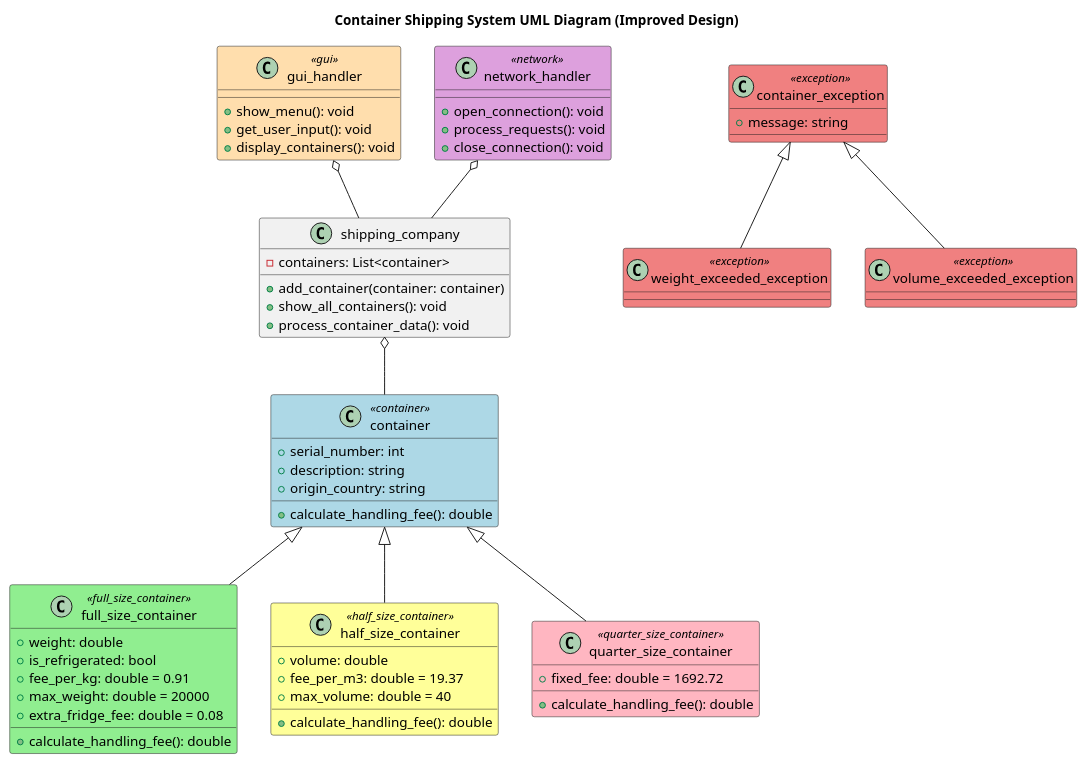
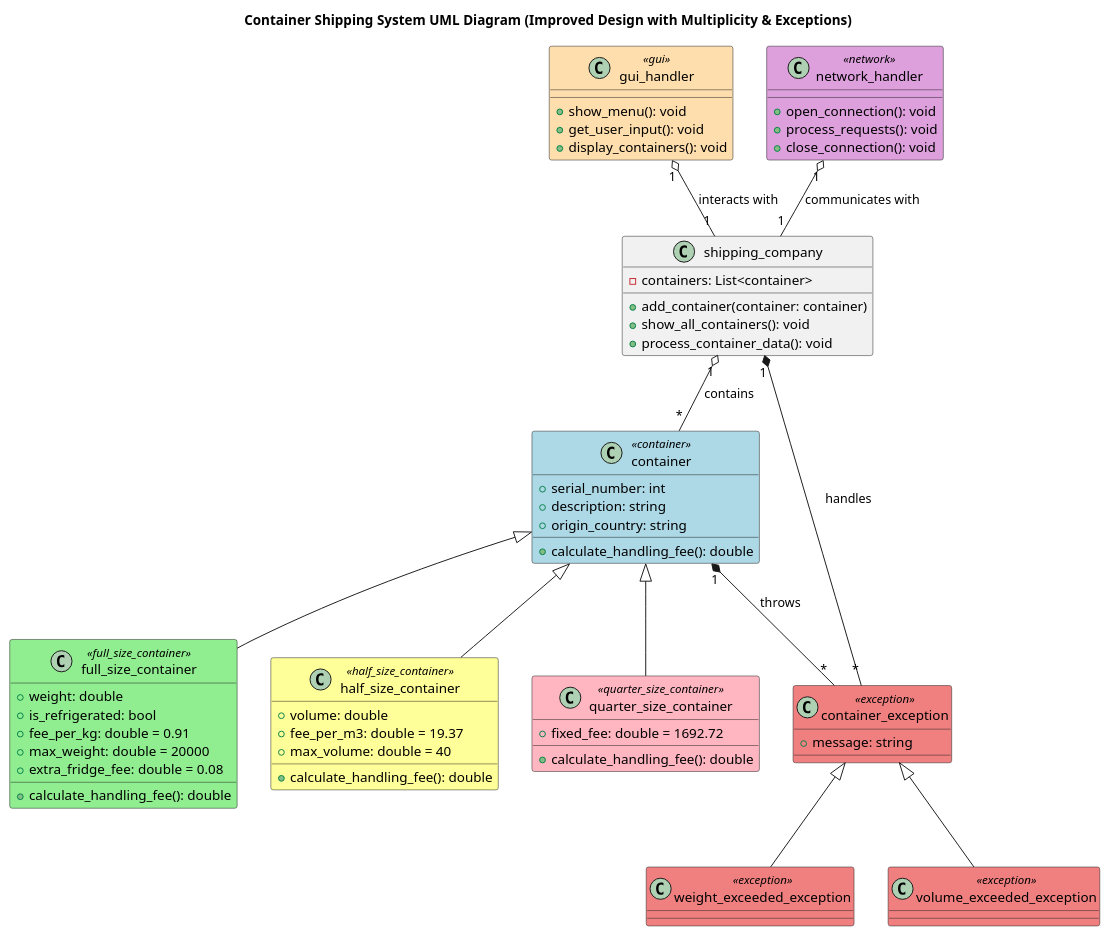
One commit to LynnTedjeAnna/OOP_T2 changed the diagram in Shipping_container/class_diagram.puml. Above: the diagram before and after it, drawn with PlantUML. The commit also changed 9 other files, not shown here.

```diff
--- a/Shipping_container/class_diagram.puml
+++ b/Shipping_container/class_diagram.puml
@@ -1,83 +1,86 @@
 @startuml
 
 skinparam classBackgroundColor<<container>> #ADD8E6
 skinparam classBackgroundColor<<full_size_container>> #90EE90
 skinparam classBackgroundColor<<half_size_container>> #FFFF99
 skinparam classBackgroundColor<<quarter_size_container>> #FFB6C1
 skinparam classBackgroundColor<<exception>> #F08080
 skinparam classBackgroundColor<<gui>> #FFDEAD
 skinparam classBackgroundColor<<network>> #DDA0DD
 
-title Container Shipping System UML Diagram (Improved Design)
+title Container Shipping System UML Diagram (Improved Design with Multiplicity & Exceptions)
 
 class container <<container>> {
     +serial_number: int
     +description: string
     +origin_country: string
     +calculate_handling_fee(): double
 }
 
 class full_size_container <<full_size_container>> {
     +weight: double
     +is_refrigerated: bool
     +fee_per_kg: double = 0.91
     +max_weight: double = 20000
     +extra_fridge_fee: double = 0.08
     +calculate_handling_fee(): double
 }
 
 class half_size_container <<half_size_container>> {
     +volume: double
     +fee_per_m3: double = 19.37
     +max_volume: double = 40
     +calculate_handling_fee(): double
 }
 
 class quarter_size_container <<quarter_size_container>> {
     +fixed_fee: double = 1692.72
     +calculate_handling_fee(): double
 }
 
 container <|-- full_size_container
 container <|-- half_size_container
 container <|-- quarter_size_container
 
 class shipping_company {
     -containers: List<container>
     +add_container(container: container)
     +show_all_containers(): void
     +process_container_data(): void
 }
 
-shipping_company o-- container
+shipping_company "1" o-- "*" container : contains
 
 class gui_handler <<gui>> {
     +show_menu(): void
     +get_user_input(): void
     +display_containers(): void
 }
 
-gui_handler o-- shipping_company
+gui_handler "1" o-- "1" shipping_company : interacts with
 
 class network_handler <<network>> {
     +open_connection(): void
     +process_requests(): void
     +close_connection(): void
 }
 
-network_handler o-- shipping_company
+network_handler "1" o-- "1" shipping_company : communicates with
 
 class container_exception <<exception>> {
     +message: string
 }
 
 class weight_exceeded_exception <<exception>> {
 }
 
 class volume_exceeded_exception <<exception>> {
 }
 
 container_exception <|-- weight_exceeded_exception
 container_exception <|-- volume_exceeded_exception
 
+shipping_company "1" *-- "*" container_exception : handles
+container "1" *-- "*" container_exception : throws
+
 @enduml
```
